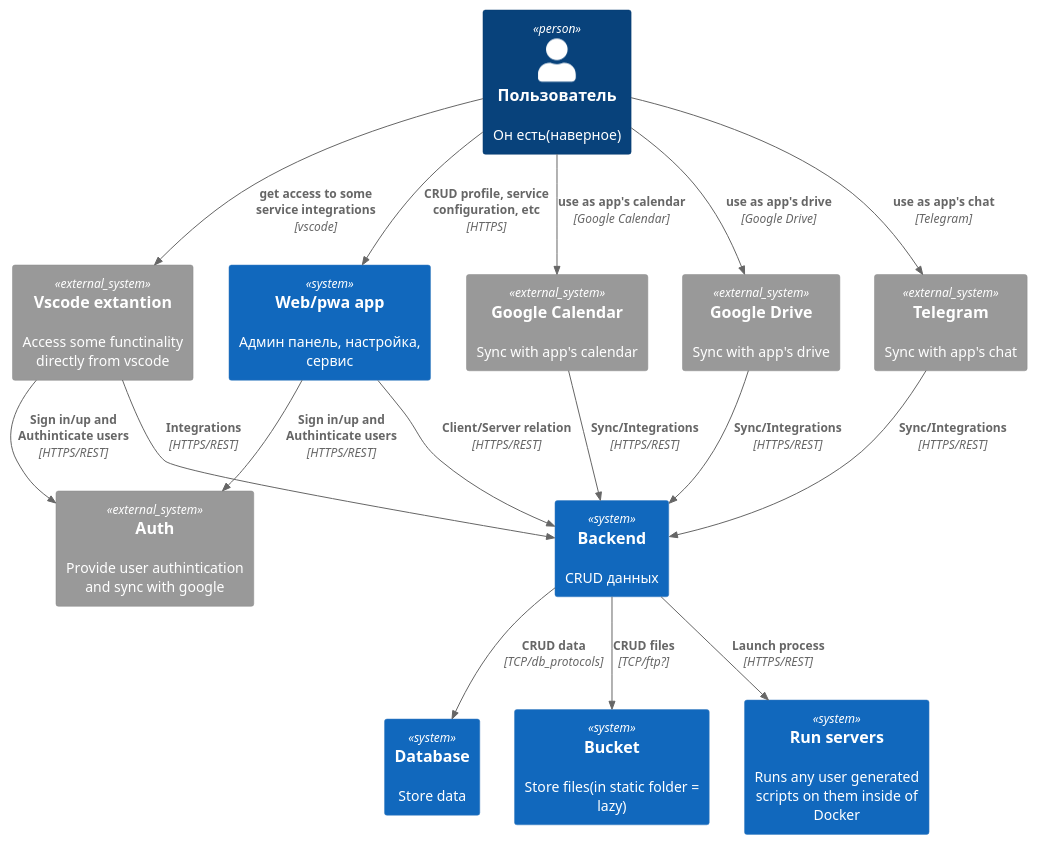
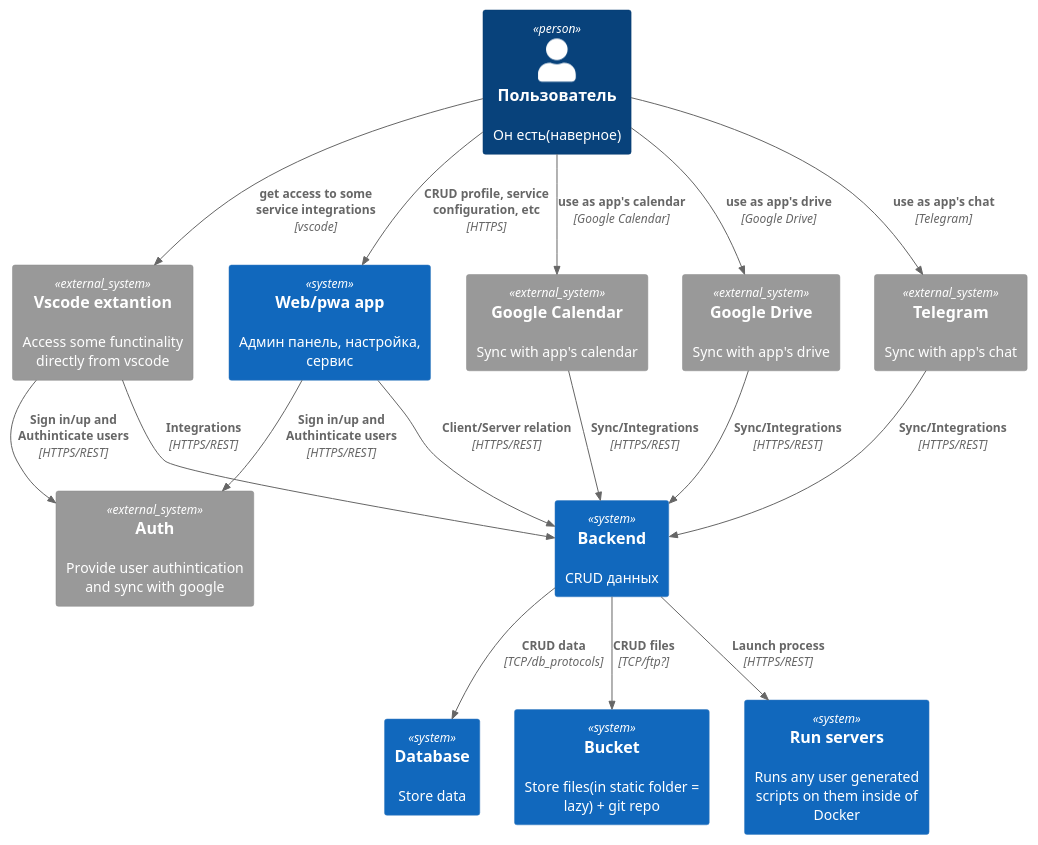
Before and after one commit to Visoff/idk_some_name: the diagram in solution_arch/Context.puml, drawn with PlantUML. The commit also changed 39 other files, not shown here.

```diff
--- a/solution_arch/Context.puml
+++ b/solution_arch/Context.puml
@@ -1,32 +1,32 @@
 @startuml System
 !include  https://raw.githubusercontent.com/plantuml-stdlib/C4-PlantUML/master/C4_Container.puml
 
 Person(user, "Пользователь", "Он есть(наверное)")
 
 System(web, "Web/pwa app", "Админ панель, настройка, сервис")
 System_Ext(vscode, "Vscode extantion", "Access some functinality directly from vscode")
 System_Ext(auth, "Auth", "Provide user authintication and sync with google")
 System_Ext(telegram, "Telegram", "Sync with app's chat")
 System_Ext(google_calendar, "Google Calendar", "Sync with app's calendar")
 System_Ext(google_drive, "Google Drive", "Sync with app's drive")
 System(backend, "Backend", "CRUD данных")
 System(database, "Database", "Store data")
-System(bucket, "Bucket", "Store files(in static folder = lazy)")
+System(bucket, "Bucket", "Store files(in static folder = lazy) + git repo")
 System(run_servers, "Run servers", "Runs any user generated scripts on them inside of Docker")
 
 Rel(user, web, "CRUD profile, service configuration, etc", "HTTPS")
 Rel(user, vscode, "get access to some service integrations", "vscode")
 Rel(user, telegram, "use as app's chat", "Telegram")
 Rel(user, google_calendar, "use as app's calendar", "Google Calendar")
 Rel(user, google_drive, "use as app's drive", "Google Drive")
 Rel(web, auth, "Sign in/up and Authinticate users", "HTTPS/REST")
 Rel(web, backend, "Client/Server relation", "HTTPS/REST")
 Rel(vscode, auth, "Sign in/up and Authinticate users", "HTTPS/REST")
 Rel(vscode, backend, "Integrations", "HTTPS/REST")
 Rel(telegram, backend, "Sync/Integrations", "HTTPS/REST")
 Rel(google_calendar, backend, "Sync/Integrations", "HTTPS/REST")
 Rel(google_drive, backend, "Sync/Integrations", "HTTPS/REST")
 Rel(backend, database, "CRUD data", "TCP/db_protocols")
 Rel(backend, bucket, "CRUD files", "TCP/ftp?")
 Rel(backend, run_servers, "Launch process", "HTTPS/REST")
 @endunl
```
